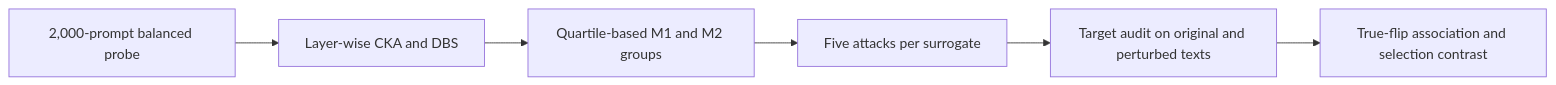
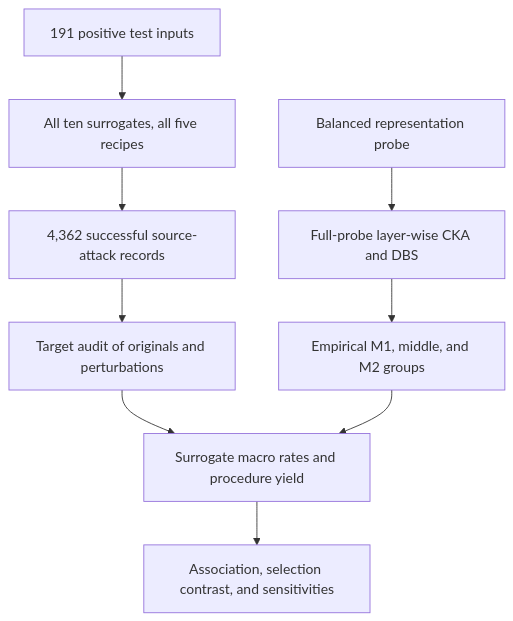
One commit to turn1a/safety-classifier-transfer-risk changed the diagram in docs/index.qmd. Above: the diagram before and after it, drawn with Mermaid. The commit also changed other lines of this file and 50 other files, not shown here.

````diff
--- a/docs/index.qmd
+++ b/docs/index.qmd
@@ -51,8 +46,11 @@
 ```{mermaid}
-flowchart LR
-  A["2,000-prompt balanced probe"] --> B["Layer-wise CKA and DBS"]
-  B --> C["Quartile-based M1 and M2 groups"]
-  C --> D["Five attacks per surrogate"]
-  D --> E["Target audit on original and perturbed texts"]
-  E --> F["True-flip association and selection contrast"]
+flowchart TD
+  P["Balanced representation probe"] --> C["Full-probe layer-wise CKA and DBS"]
+  C --> G["Empirical M1, middle, and M2 groups"]
+  E["191 positive test inputs"] --> A["All ten surrogates, all five recipes"]
+  A --> S["4,362 successful source-attack records"]
+  S --> T["Target audit of originals and perturbations"]
+  T --> R["Surrogate macro rates and procedure yield"]
+  G --> R
+  R --> O["Association, selection contrast, and sensitivities"]
 ```
````
